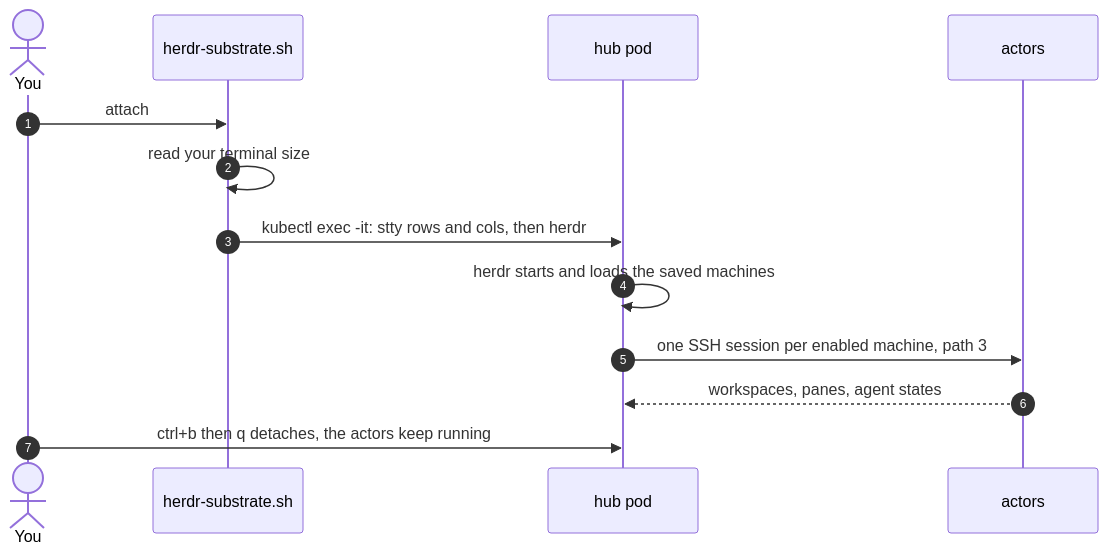
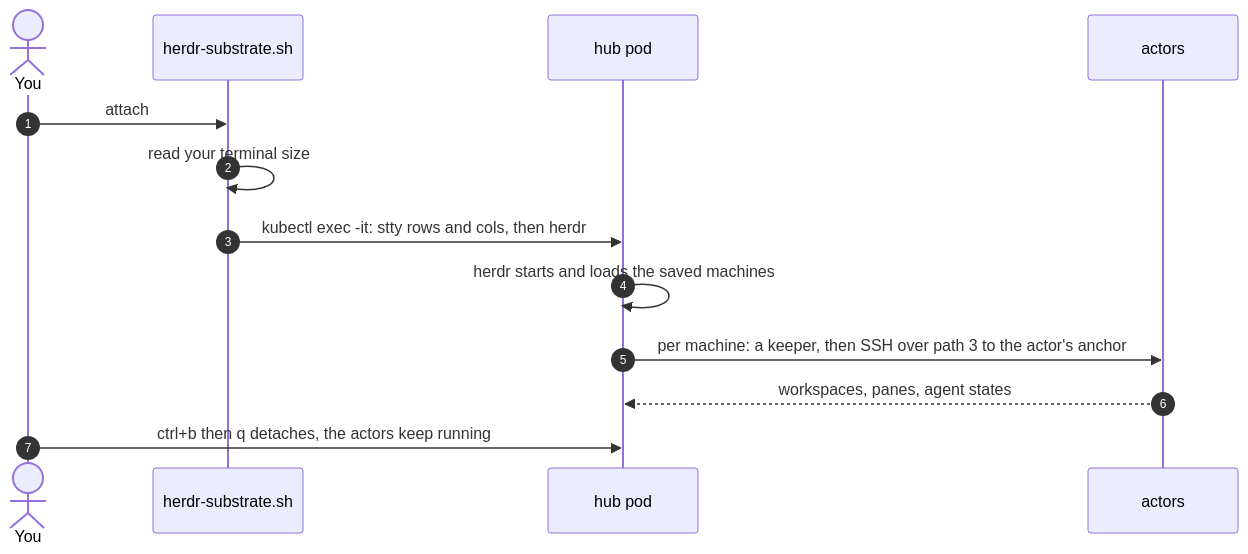
Diagram 13 of 17 in README.md (danaschwanden/herdr-agent-substrate), drawn with Mermaid before and after one commit. The commit also changed other lines of this file and 15 other files, not shown here.

````diff
--- a/README.md
+++ b/README.md
@@ -868,15 +934,15 @@
 ```mermaid
 sequenceDiagram
   autonumber
   actor U as You
   participant S as herdr-substrate.sh
   participant H as hub pod
   participant X as actors
   U->>S: attach
   S->>S: read your terminal size
   S->>H: kubectl exec -it: stty rows and cols, then herdr
   H->>H: herdr starts and loads the saved machines
-  H->>X: one SSH session per enabled machine, path 3
+  H->>X: per machine: a keeper, then SSH over path 3 to the actor's anchor
   X-->>H: workspaces, panes, agent states
   U->>H: ctrl+b then q detaches, the actors keep running
 ```
````
